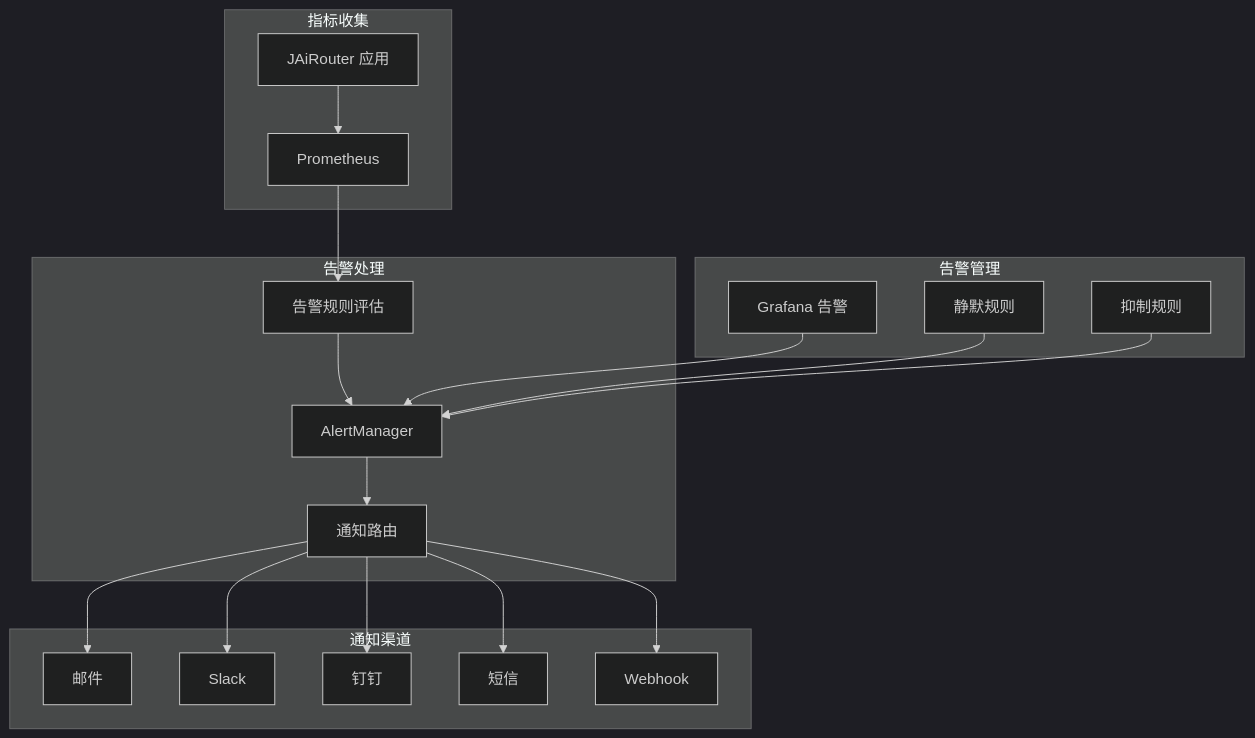
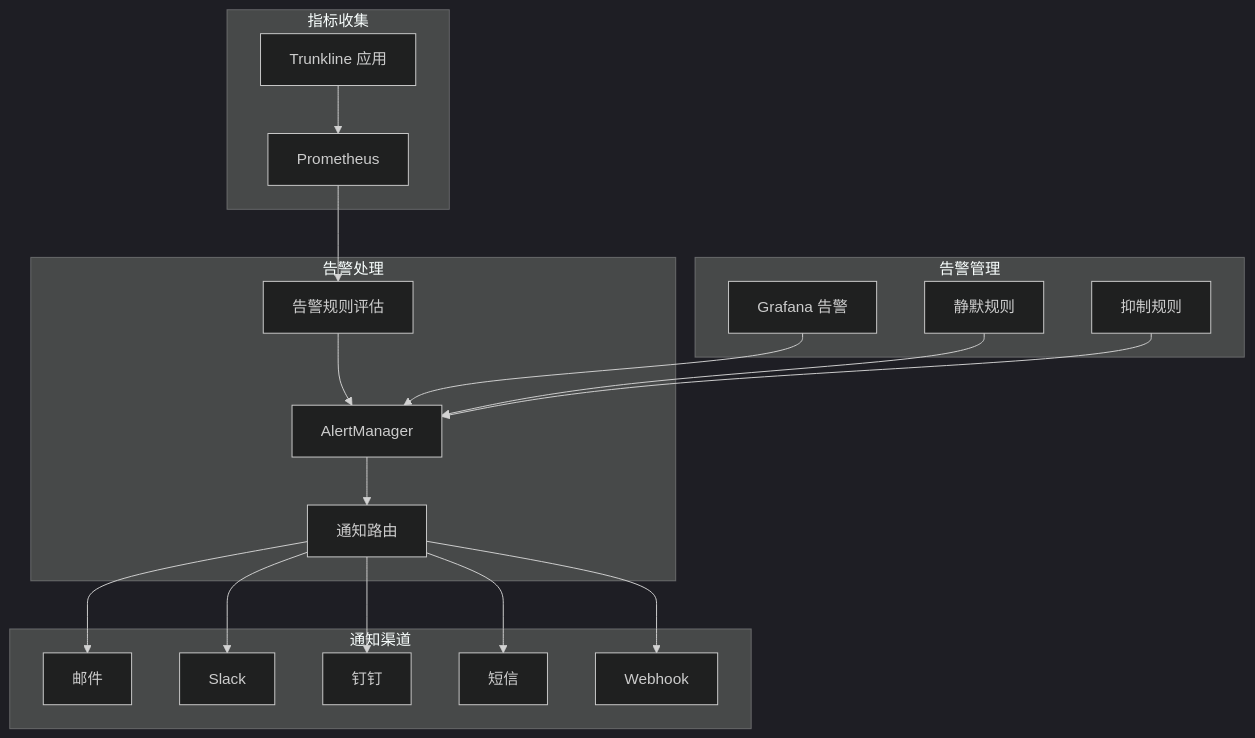
The first of 2 diagrams in docs/zh/monitoring/alerts.md (ethdeve/trunkline), drawn with Mermaid (dark theme) before and after one commit. The commit also changed other lines of this file and 1160 other files, not shown here.

````diff
--- a/docs/zh/monitoring/alerts.md
+++ b/docs/zh/monitoring/alerts.md
@@ -16,26 +16,26 @@
 ```mermaid
 graph TB
     subgraph "指标收集"
-        A[JAiRouter 应用] --> B[Prometheus]
+        A[Trunkline 应用] --> B[Prometheus]
     end
     
     subgraph "告警处理"
         B --> C[告警规则评估]
         C --> D[AlertManager]
         D --> E[通知路由]
     end
     
     subgraph "通知渠道"
         E --> F[邮件]
         E --> G[Slack]
         E --> H[钉钉]
         E --> I[短信]
         E --> J[Webhook]
     end
     
     subgraph "告警管理"
         K[Grafana 告警] --> D
         L[静默规则] --> D
         M[抑制规则] --> D
     end
 ```
````
